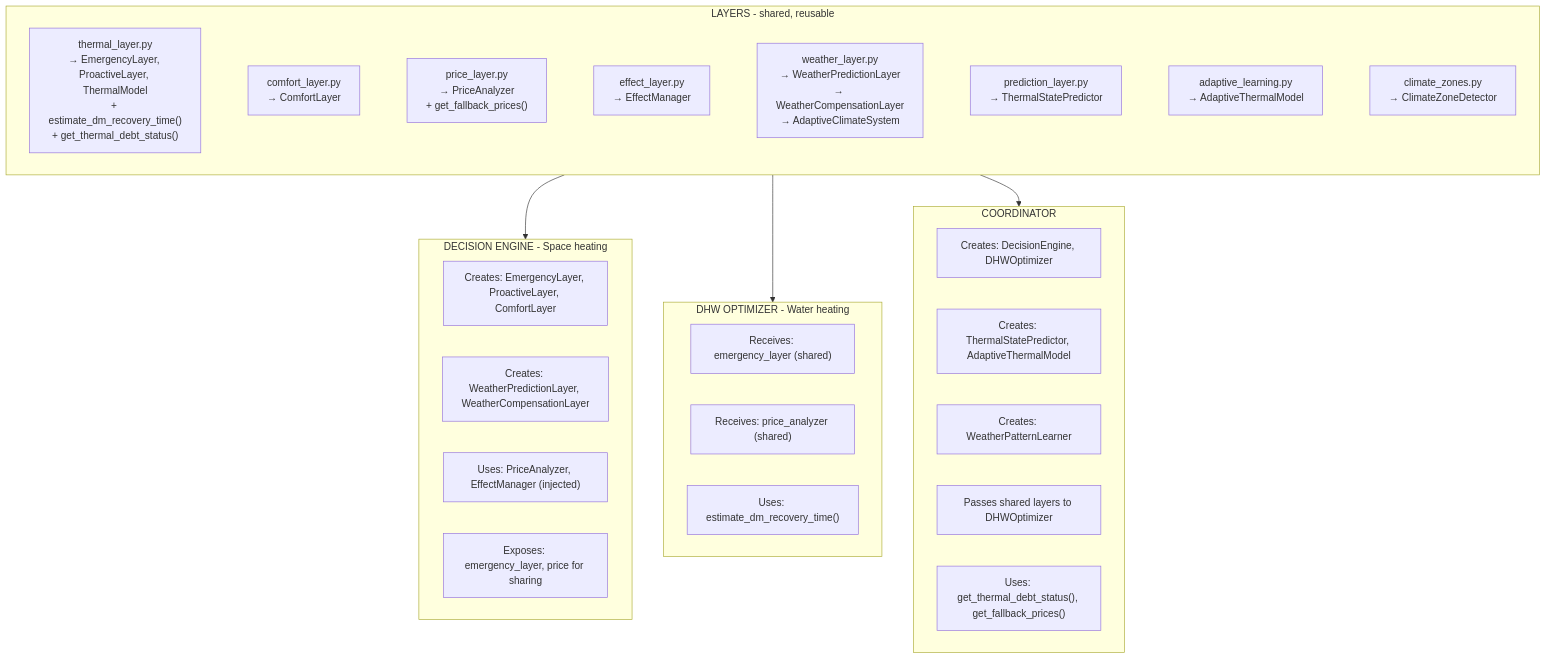
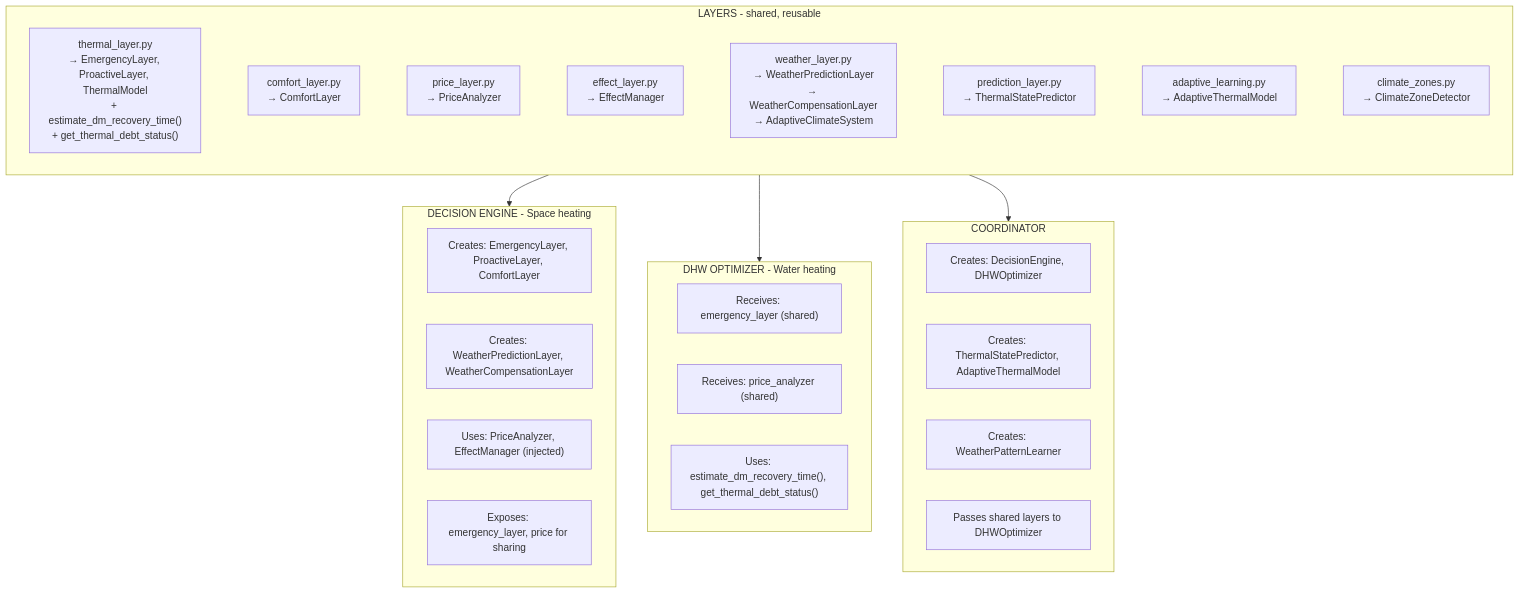
Before and after one commit to enoch85/EffektGuard: the diagram in docs/architecture/00_overview.md, drawn with Mermaid. The commit also changed other lines of this file and 32 other files, not shown here.

````diff
--- a/docs/architecture/00_overview.md
+++ b/docs/architecture/00_overview.md
@@ -66,39 +69,38 @@
 ```mermaid
 flowchart TB
     subgraph Layers["LAYERS - shared, reusable"]
         direction LR
         TL["thermal_layer.py<br/>→ EmergencyLayer, ProactiveLayer, ThermalModel<br/>+ estimate_dm_recovery_time#40;#41;<br/>+ get_thermal_debt_status#40;#41;"]
         CL["comfort_layer.py<br/>→ ComfortLayer"]
-        PrL["price_layer.py<br/>→ PriceAnalyzer<br/>+ get_fallback_prices#40;#41;"]
+        PrL["price_layer.py<br/>→ PriceAnalyzer"]
         EfL["effect_layer.py<br/>→ EffectManager"]
         WL["weather_layer.py<br/>→ WeatherPredictionLayer<br/>→ WeatherCompensationLayer<br/>→ AdaptiveClimateSystem"]
         PredL["prediction_layer.py<br/>→ ThermalStatePredictor"]
         AL["adaptive_learning.py<br/>→ AdaptiveThermalModel"]
         CZ["climate_zones.py<br/>→ ClimateZoneDetector"]
         
         TL ~~~ CL ~~~ PrL ~~~ EfL ~~~ WL ~~~ PredL ~~~ AL ~~~ CZ
     end
 
     Layers --> DE & DHW & COORD
 
     subgraph DE["DECISION ENGINE - Space heating"]
         DE1["Creates: EmergencyLayer, ProactiveLayer, ComfortLayer"]
         DE2["Creates: WeatherPredictionLayer, WeatherCompensationLayer"]
         DE3["Uses: PriceAnalyzer, EffectManager #40;injected#41;"]
         DE4["Exposes: emergency_layer, price for sharing"]
     end
 
     subgraph DHW["DHW OPTIMIZER - Water heating"]
         DHW1["Receives: emergency_layer #40;shared#41;"]
         DHW2["Receives: price_analyzer #40;shared#41;"]
-        DHW3["Uses: estimate_dm_recovery_time#40;#41;"]
+        DHW3["Uses: estimate_dm_recovery_time#40;#41;, get_thermal_debt_status#40;#41;"]
     end
 
     subgraph COORD["COORDINATOR"]
         COORD1["Creates: DecisionEngine, DHWOptimizer"]
         COORD2["Creates: ThermalStatePredictor, AdaptiveThermalModel"]
         COORD3["Creates: WeatherPatternLearner"]
         COORD4["Passes shared layers to DHWOptimizer"]
-        COORD5["Uses: get_thermal_debt_status#40;#41;, get_fallback_prices#40;#41;"]
     end
 ```
````
